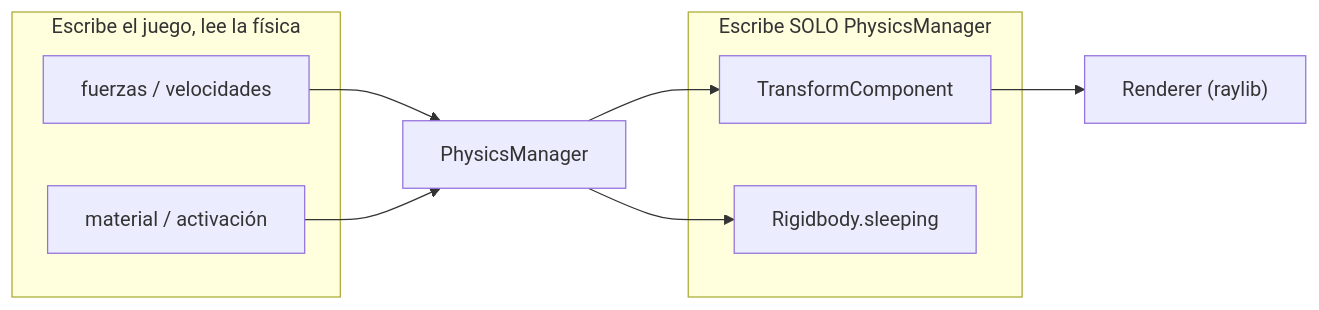
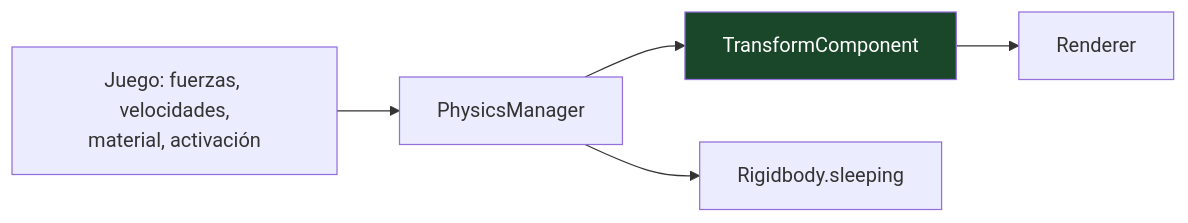
One commit to jabc585/Juego-Drone changed the fifth of 8 diagrams in grafico.md. Above: the diagram before and after it, drawn with Mermaid. The commit also changed other lines of this file, not shown here.

````diff
--- a/grafico.md
+++ b/grafico.md
@@ -581,14 +804,8 @@
 ```mermaid
 flowchart LR
-    subgraph escritura["Escribe SOLO PhysicsManager"]
-        T["TransformComponent"]
-        S["Rigidbody.sleeping"]
-    end
-    subgraph lectura["Escribe el juego, lee la física"]
-        F["fuerzas / velocidades"]
-        M["material / activación"]
-    end
-    F --> PM["PhysicsManager"] --> T & S
-    M --> PM
-    T --> R["Renderer (raylib)"]
+    F["Juego: fuerzas, velocidades,<br/>material, activación"] --> PM["PhysicsManager"]
+    PM --> T["TransformComponent"]
+    PM --> S["Rigidbody.sleeping"]
+    T --> R["Renderer"]
+    style T fill:#1a472a,color:#fff
 ```
````
